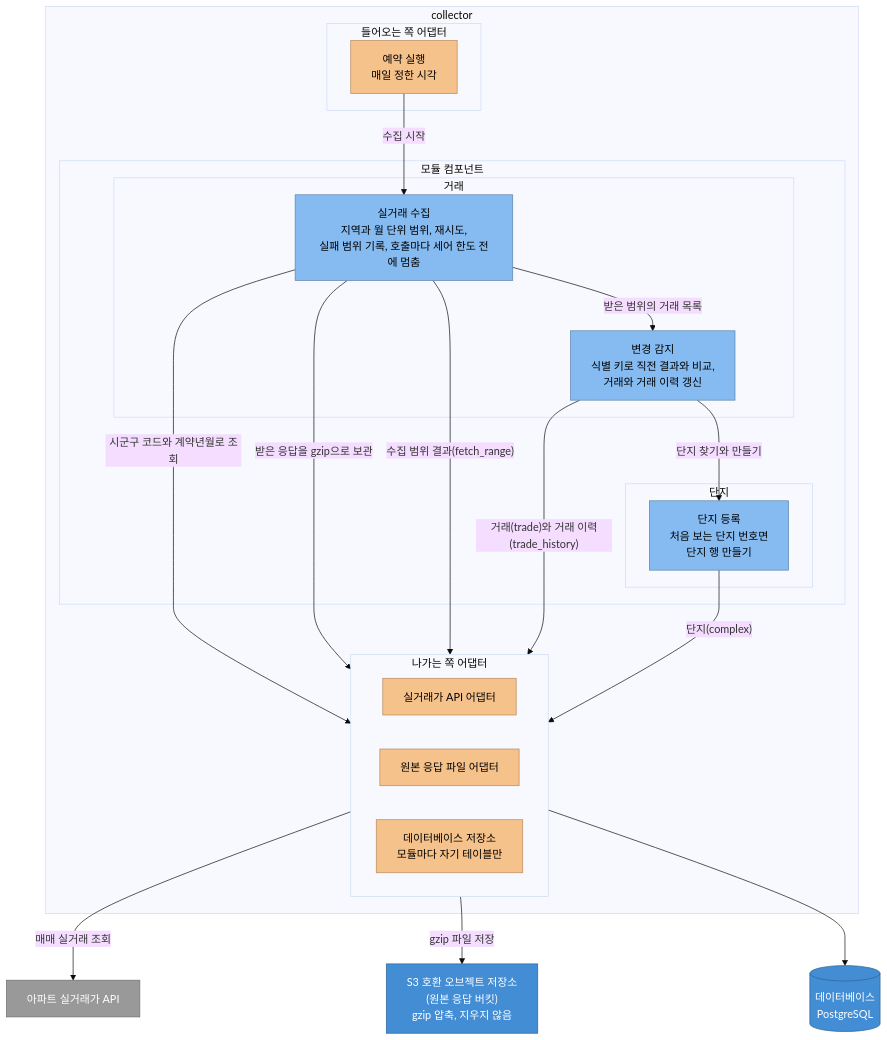
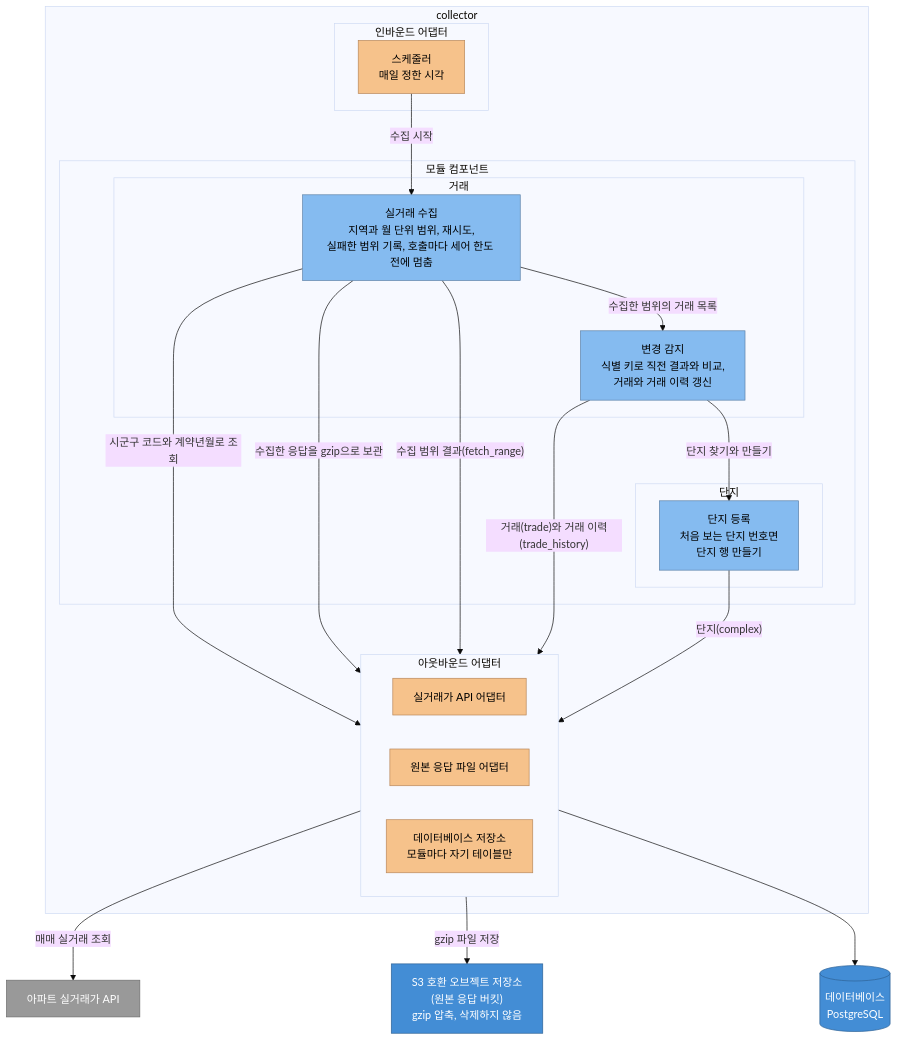
The second of 3 diagrams in docs/architecture/c4-component.md (Park-Seung-Hun/real-estate), drawn with Mermaid (base theme) before and after one commit. The commit also changed other lines of this file and 22 other files, not shown here.

````diff
--- a/docs/architecture/c4-component.md
+++ b/docs/architecture/c4-component.md
@@ -201,51 +201,51 @@
 ```mermaid
 %%{init: {'flowchart': {'wrappingWidth': 260}}}%%
 flowchart TB
   subgraph col["collector"]
-    subgraph cin["들어오는 쪽 어댑터"]
-      sched["예약 실행<br/>매일 정한 시각"]
+    subgraph cin["인바운드 어댑터"]
+      sched["스케줄러<br/>매일 정한 시각"]
     end
 
     subgraph cmods["모듈 컴포넌트"]
       subgraph cTrade["거래"]
-        fetch["실거래 수집<br/>지역과 월 단위 범위, 재시도,<br/>실패 범위 기록, 호출마다 세어 한도 전에 멈춤"]
+        fetch["실거래 수집<br/>지역과 월 단위 범위, 재시도,<br/>실패한 범위 기록, 호출마다 세어 한도 전에 멈춤"]
         detect["변경 감지<br/>식별 키로 직전 결과와 비교,<br/>거래와 거래 이력 갱신"]
       end
       subgraph cComplex["단지"]
         reg["단지 등록<br/>처음 보는 단지 번호면<br/>단지 행 만들기"]
       end
     end
 
-    subgraph cout["나가는 쪽 어댑터"]
+    subgraph cout["아웃바운드 어댑터"]
       direction LR
       outApi["실거래가 API 어댑터"]
       outRaw["원본 응답 파일 어댑터"]
       outDb["데이터베이스 저장소<br/>모듈마다 자기 테이블만"]
     end
   end
 
   tradeApi["아파트 실거래가 API"]
-  raw["S3 호환 오브젝트 저장소<br/>(원본 응답 버킷)<br/>gzip 압축, 지우지 않음"]
+  raw["S3 호환 오브젝트 저장소<br/>(원본 응답 버킷)<br/>gzip 압축, 삭제하지 않음"]
   db[("데이터베이스<br/>PostgreSQL")]
 
   sched -->|"수집 시작"| fetch
   fetch -->|"시군구 코드와 계약년월로 조회"| outApi
-  fetch -->|"받은 응답을 gzip으로 보관"| outRaw
-  fetch -->|"받은 범위의 거래 목록"| detect
+  fetch -->|"수집한 응답을 gzip으로 보관"| outRaw
+  fetch -->|"수집한 범위의 거래 목록"| detect
   detect -->|"단지 찾기와 만들기"| reg
   fetch -->|"수집 범위 결과(fetch_range)"| outDb
   detect -->|"거래(trade)와 거래 이력(trade_history)"| outDb
   reg -->|"단지(complex)"| outDb
   outApi -->|"매매 실거래 조회"| tradeApi
   outRaw -->|"gzip 파일 저장"| raw
   outDb --> db
 
   classDef comp fill:#85bbf0,stroke:#5d82a8,color:#000
   classDef adapter fill:#f6c28b,stroke:#b8875a,color:#000
   classDef store fill:#438dd5,stroke:#2e6295,color:#fff
   classDef ext fill:#999999,stroke:#6b6b6b,color:#fff
   class fetch,detect,reg comp
   class sched,outApi,outRaw,outDb adapter
   class db,raw store
   class tradeApi ext
 ```
````
